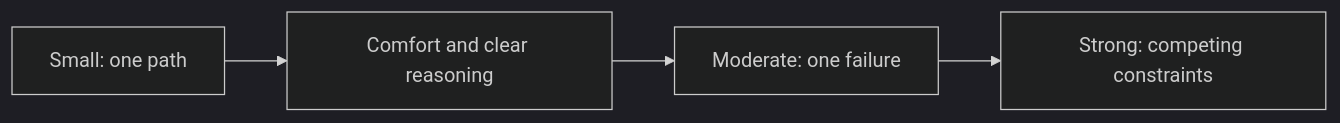
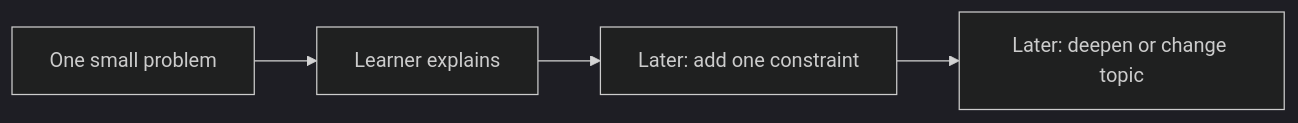
The third of 5 diagrams in docs/learning-and-interview-guide.md (Prem-Tomar/payment-api), drawn with Mermaid (dark theme) before and after one commit. The commit also changed other lines of this file and 18 other files, not shown here.

Commit message:
docs: sequence assignments and simplify learner-facing interview practice

````diff
--- a/docs/learning-and-interview-guide.md
+++ b/docs/learning-and-interview-guide.md
@@ -45,4 +45,4 @@
 ```mermaid
 flowchart LR
-  A["Small: one path"] --> B["Comfort and clear reasoning"] --> C["Moderate: one failure"] --> D["Strong: competing constraints"]
+  A["One small problem"] --> B["Learner explains"] --> C["Later: add one constraint"] --> D["Later: deepen or change topic"]
 ```
````
